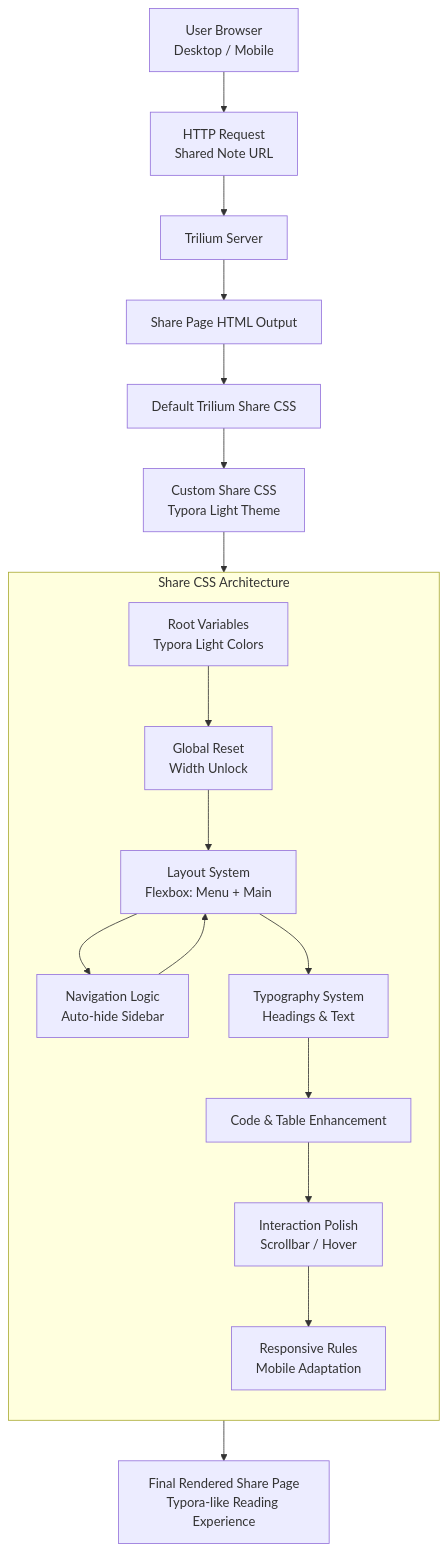
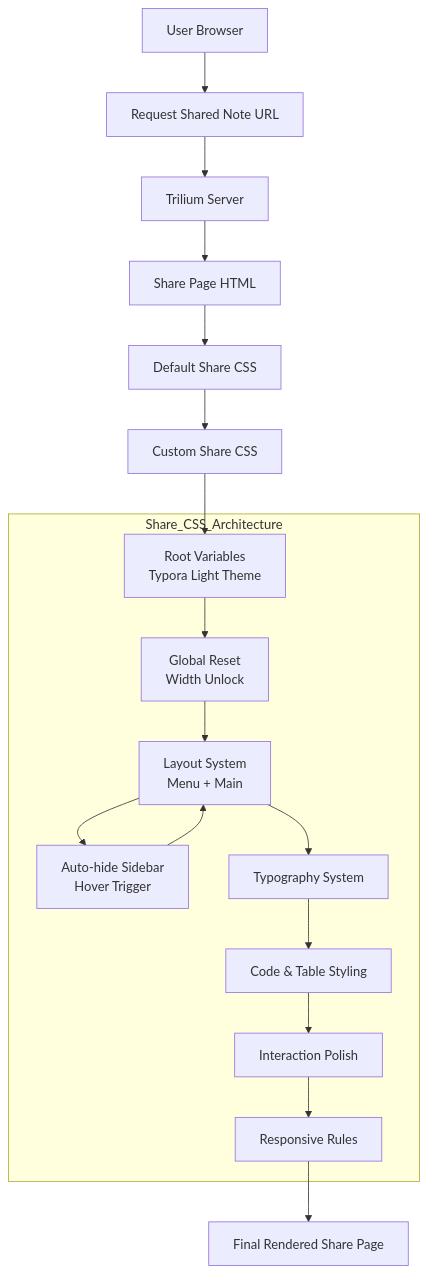
The diagram in README.md (ATcn/trilium-share-css), drawn with Mermaid before and after one commit. The commit also changed other lines of this file, not shown here.

````diff
--- a/README.md
+++ b/README.md
@@ -2,40 +4,42 @@
 ```mermaid
 flowchart TD
 
 %% =========================
 %% Layer 1: User & Browser
 %% =========================
-U[User Browser<br/>Desktop / Mobile] --> R[HTTP Request<br/>Shared Note URL]
+U[User Browser] --> R[Request Shared Note URL]
 
 %% =========================
 %% Layer 2: Trilium Share Pipeline
 %% =========================
 R --> T[Trilium Server]
-T --> S[Share Page HTML Output]
-S --> D[Default Trilium Share CSS]
-D --> C[Custom Share CSS<br/>Typora Light Theme]
+T --> S[Share Page HTML]
+S --> D[Default Share CSS]
+D --> C[Custom Share CSS]
 
 %% =========================
 %% Layer 3: Share CSS Architecture
 %% =========================
-subgraph CSS["Share CSS Architecture"]
-    direction TD
+subgraph Share_CSS_Architecture
+    V[Root Variables<br/>Typora Light Theme]
+    G[Global Reset<br/>Width Unlock]
+    L[Layout System<br/>Menu + Main]
+    N[Auto-hide Sidebar<br/>Hover Trigger]
+    T2[Typography System]
+    CT[Code & Table Styling]
+    I[Interaction Polish]
+    R2[Responsive Rules]
 
-    V[Root Variables<br/>Typora Light Colors] --> G[Global Reset<br/>Width Unlock]
-    G --> L[Layout System<br/>Flexbox: Menu + Main]
-    L --> N[Navigation Logic<br/>Auto-hide Sidebar]
-    L --> T2[Typography System<br/>Headings & Text]
-    T2 --> CT[Code & Table Enhancement]
-    CT --> I[Interaction Polish<br/>Scrollbar / Hover]
-    I --> R2[Responsive Rules<br/>Mobile Adaptation]
-
+    V --> G
+    G --> L
+    L --> N
+    L --> T2
+    T2 --> CT
+    CT --> I
+    I --> R2
     N --> L
 end
 
 C --> V
-
-%% =========================
-%% Final Render
-%% =========================
-R2 --> F[Final Rendered Share Page<br/>Typora-like Reading Experience]
+R2 --> F[Final Rendered Share Page]
 ```
````
